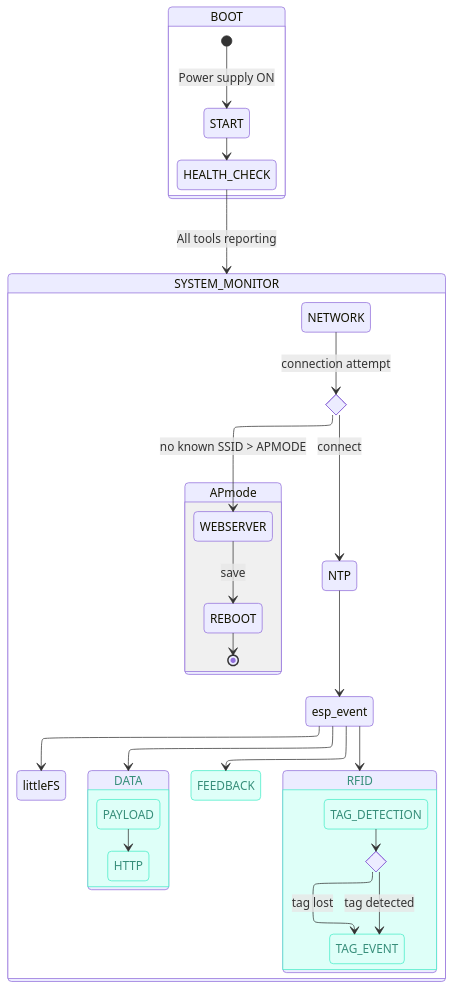
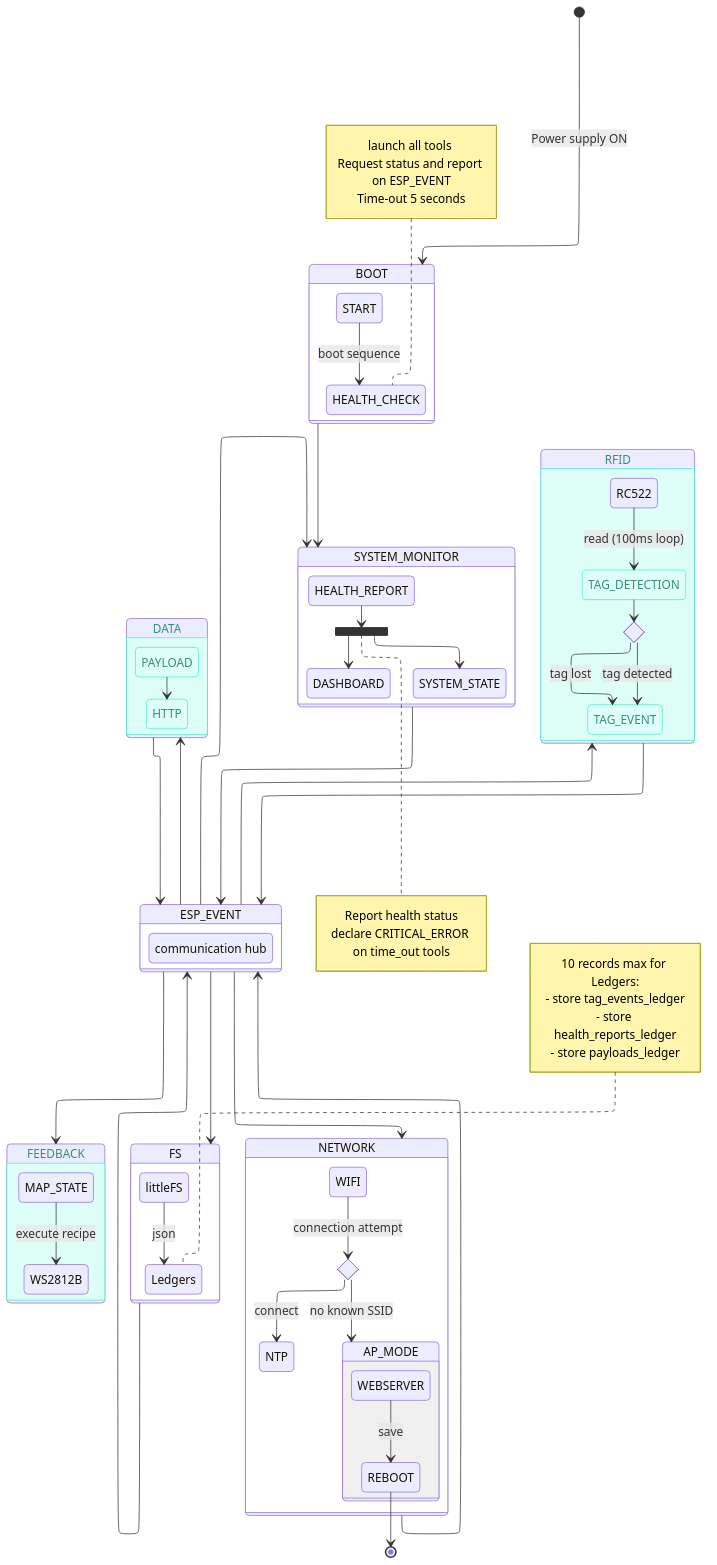
The diagram in docs/constitution/process_maps/01_device_master_fsm.mmd (nicolasdb/time-tracker-device), drawn with Mermaid before and after one commit. The commit also changed 19 other files, not shown here.

Commit message:
Constitutional Compliance Restored: Process Map 13, Pure event-driven, Asynchronous

```diff
--- a/docs/constitution/process_maps/01_device_master_fsm.mmd
+++ b/docs/constitution/process_maps/01_device_master_fsm.mmd
@@ -1,45 +1,104 @@
 ---
 config:
   layout: elk
+  look: classic
 ---
 stateDiagram
   direction TB
   classDef Aqua stroke-width:1px,stroke-dasharray:none,stroke:#46EDC8,fill:#DEFFF8,color:#378E7A;
   state BOOT {
     direction TB
-    [*] --> START:Power supply ON
-    START --> HEALTH_CHECK
+    START --> HEALTH_CHECK:boot sequence
+    START
+    HEALTH_CHECK
   }
-  HEALTH_CHECK --> SYSTEM_MONITOR:All tools reporting
+  state ESP_EVENT {
+    direction TB
+    esp_event
+  }
+  state DATA {
+    direction TB
+    PAYLOAD --> HTTP
+    PAYLOAD
+    HTTP
+  }
+  state FEEDBACK {
+    direction TB
+    MAP_STATE --> WS2812B:execute recipe
+    MAP_STATE
+    WS2812B
+  }
+  state FS {
+    direction TB
+    FS_OPERATION --> Ledgers:json
+    FS_OPERATION
+    Ledgers
+  }
   state SYSTEM_MONITOR {
     direction TB
-    esp_event --> DATA
-    esp_event --> FEEDBACK
-    esp_event --> FS
-    esp_event --> RFID
+    state F1 <<fork>>
+    HEALTH_REPORT --> F1
+    F1 --> DASHBOARD
+    F1 --> SYSTEM_STATE
+    F1
+    HEALTH_REPORT
+    DASHBOARD
+    SYSTEM_STATE
+  }
+  state RFID {
+    direction TB
+    RC522 --> TAG_DETECTION:read (100ms loop)
+    state S2 <<choice>>
+    TAG_DETECTION --> S2
+    S2 --> TAG_EVENT:tag detected
+    S2 --> TAG_EVENT:tag lost
+    RC522
+    TAG_DETECTION
+    S2
+    TAG_EVENT
+  }
+  state NETWORK {
+    direction TB
     state s1 <<choice>>
-    NETWORK --> s1:connection attempt
+    WIFI --> s1:connection attempt
     s1 --> NTP:connect
-    s1 --> WEBSERVER:no known SSID > APMODE
-    NTP --> esp_event
-    state RFID {
-      direction TB
-      state S2 <<choice>>
-      TAG_DETECTION --> S2
-      S2 --> TAG_EVENT:tag detected
-      S2 --> TAG_EVENT:tag lost
-    }
-    FEEDBACK
-    FS
-    state DATA {
-      direction TB
-      PAYLOAD --> HTTP
-    }
-    state APmode {
+    s1 --> AP_MODE:no known SSID
+    state AP_MODE {
       direction TB
       WEBSERVER --> REBOOT:save
-      REBOOT --> [*]
+      WEBSERVER
+      REBOOT
     }
   }
-  FS:littleFS
-  class RFID,TAG_DETECTION,TAG_EVENT,FEEDBACK, DATA, PAYLOAD, HTTP Aqua
+  [*] --> BOOT:Power supply ON
+  ESP_EVENT --> DATA
+  ESP_EVENT --> SYSTEM_MONITOR
+  SYSTEM_MONITOR --> ESP_EVENT
+  ESP_EVENT --> FEEDBACK
+  ESP_EVENT --> RFID
+  RFID --> ESP_EVENT
+  DATA --> ESP_EVENT
+  ESP_EVENT --> NETWORK
+  NETWORK --> ESP_EVENT
+  ESP_EVENT --> FS
+  FS --> ESP_EVENT
+  REBOOT --> [*]
+  BOOT --> SYSTEM_MONITOR
+  esp_event:communication hub
+  FS_OPERATION:littleFS
+  note left of HEALTH_CHECK 
+  launch all tools 
+    Request status and report on ESP_EVENT
+    Time-out 5 seconds
+  end note
+  class DATA,PAYLOAD,HTTP,FEEDBACK,RFID,TAG_DETECTION,TAG_EVENT Aqua
+  note right of F1
+    Report health status
+    declare CRITICAL_ERROR on time_out tools
+  end note
+  note left of Ledgers
+    10 records max for Ledgers:
+    - store tag_events_ledger
+    - store health_reports_ledger
+    - store payloads_ledger
+  end note
```
